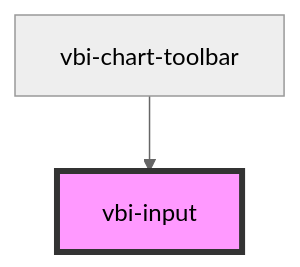
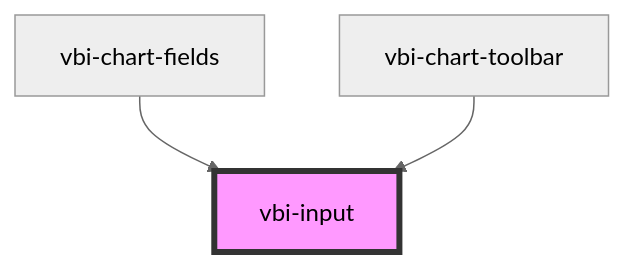
One commit to Ditto190/VBI-modme changed the diagram in packages/vbi-component/src/components/ui/vbi-input/readme.md. Above: the diagram before and after it, drawn with Mermaid (neutral theme). The commit also changed other lines of this file and 7 other files, not shown here.

Commit message:
feat(vbi-component): add vbi-chart-fields component

````diff
--- a/packages/vbi-component/src/components/ui/vbi-input/readme.md
+++ b/packages/vbi-component/src/components/ui/vbi-input/readme.md
@@ -48,5 +49,6 @@
 ```mermaid
 graph TD;
+  vbi-chart-fields --> vbi-input
   vbi-chart-toolbar --> vbi-input
   style vbi-input fill:#f9f,stroke:#333,stroke-width:4px
 ```
````
